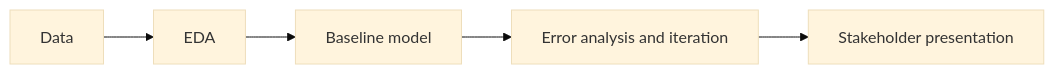
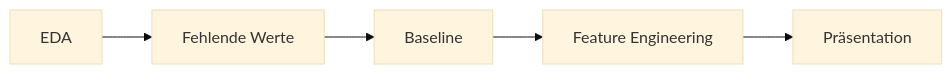
The diagram in README.md (RealCyron/Machine_Learning_Projekt), drawn with Mermaid (base theme) before and after one commit. The commit also changed other lines of this file and 12 other files, not shown here.

````diff
--- a/README.md
+++ b/README.md
@@ -20,7 +43,7 @@
 ```mermaid
 flowchart LR
-    A[Data] --> B[EDA]
-    B --> C[Baseline model]
-    C --> D[Error analysis and iteration]
-    D --> E[Stakeholder presentation]
+    A[EDA] --> B[Fehlende Werte]
+    B --> C[Baseline]
+    C --> D[Feature Engineering]
+    D --> E[Präsentation]
 ```
````
